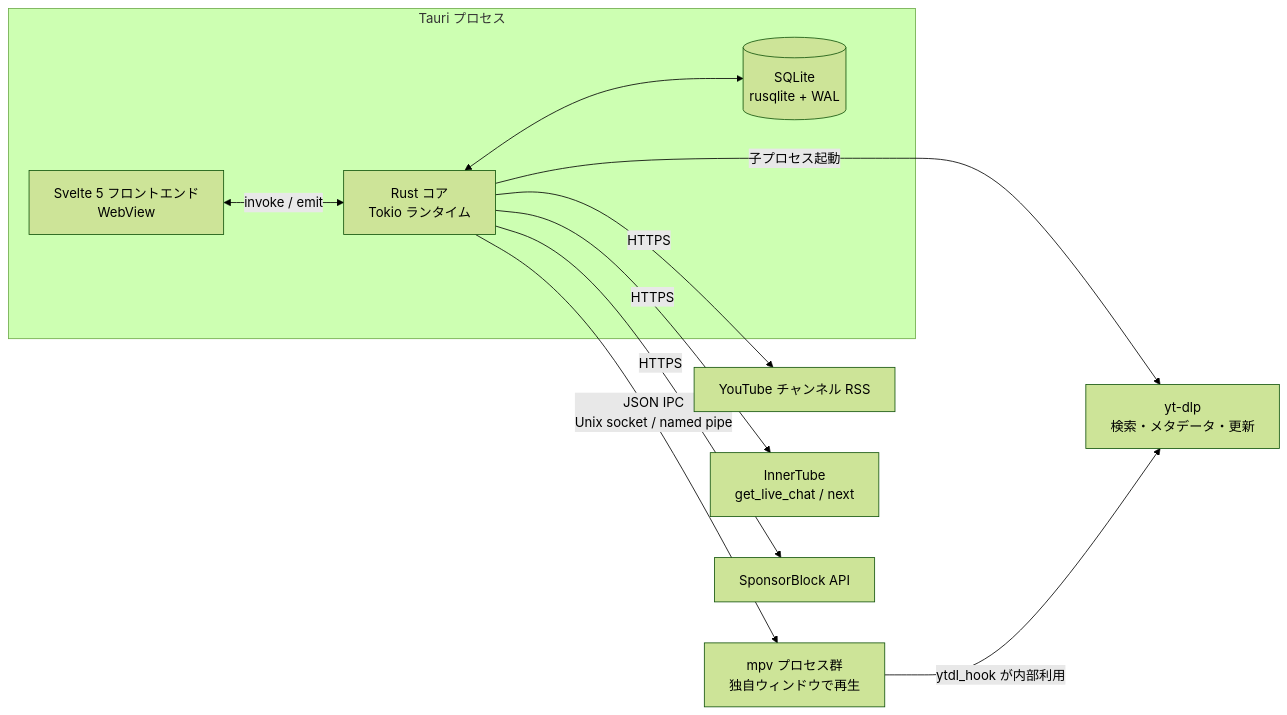
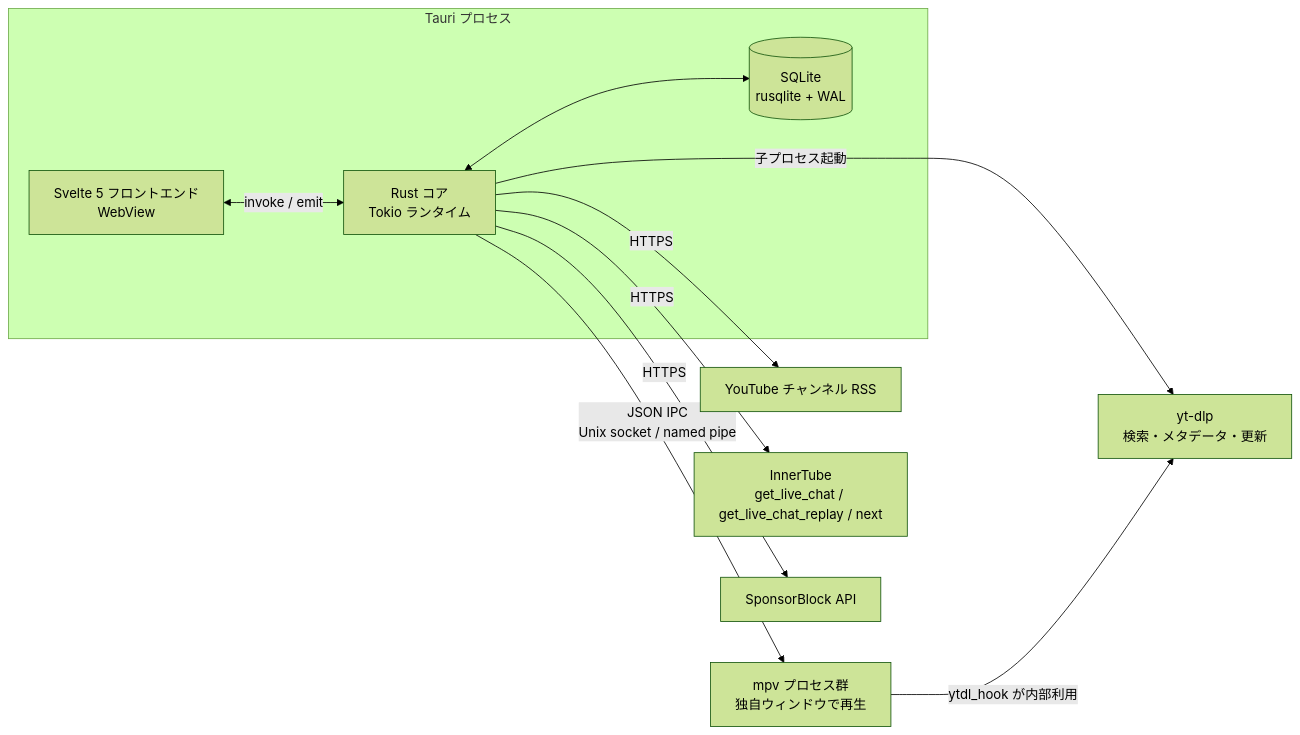
Before and after one commit to Tkg-tamagohan/yt-browser: the first of 2 diagrams in docs/design.md, drawn with Mermaid (forest theme). The commit also changed other lines of this file and 10 other files, not shown here.

````diff
--- a/docs/design.md
+++ b/docs/design.md
@@ -10,17 +10,17 @@
 ```mermaid
 flowchart LR
     subgraph Tauri プロセス
         UI[Svelte 5 フロントエンド<br/>WebView]
         CORE[Rust コア<br/>Tokio ランタイム]
         DB[(SQLite<br/>rusqlite + WAL)]
         UI <-->|invoke / emit| CORE
         CORE <--> DB
     end
 
     CORE -->|JSON IPC<br/>Unix socket / named pipe| MPV[mpv プロセス群<br/>独自ウィンドウで再生]
     CORE -->|子プロセス起動| YTDLP[yt-dlp<br/>検索・メタデータ・更新]
     MPV -->|ytdl_hook が内部利用| YTDLP
     CORE -->|HTTPS| RSS[YouTube チャンネル RSS]
-    CORE -->|HTTPS| IT[InnerTube<br/>get_live_chat / next]
+    CORE -->|HTTPS| IT[InnerTube<br/>get_live_chat / get_live_chat_replay / next]
     CORE -->|HTTPS| SB[SponsorBlock API]
 ```
````
